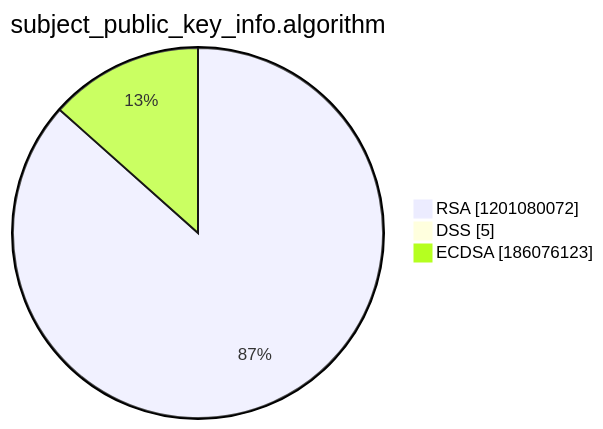
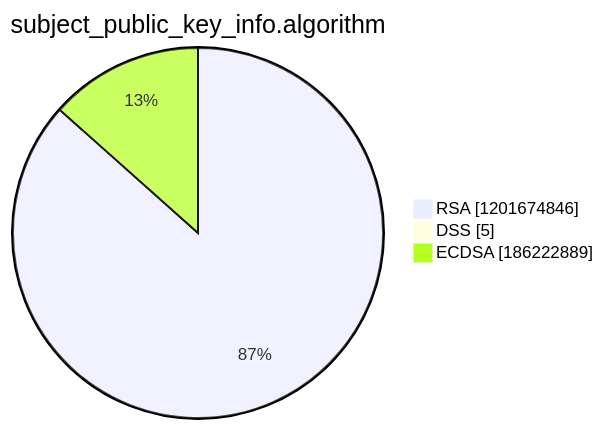
One commit to christiankrug/ctmonitor_visualization changed the third of 15 diagrams in argon2022/README.md. Above: the diagram before and after it, drawn with Mermaid. The commit also changed other lines of this file, not shown here.

````diff
--- a/argon2022/README.md
+++ b/argon2022/README.md
@@ -14,7 +14,7 @@
 ```mermaid
 pie showData
 title subject_public_key_info.algorithm
-"RSA" :1201080072
+"RSA" :1201674846
 "DSS" :5
-"ECDSA" :186076123
+"ECDSA" :186222889
 ```
````
